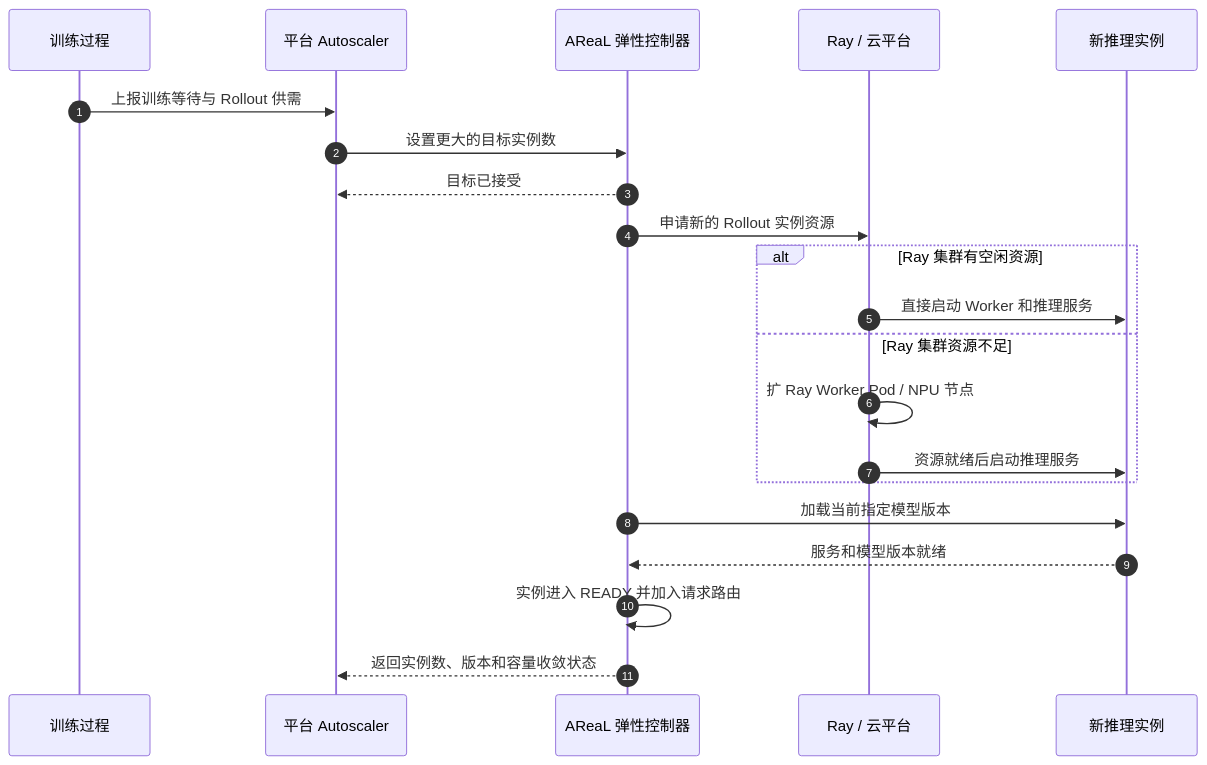
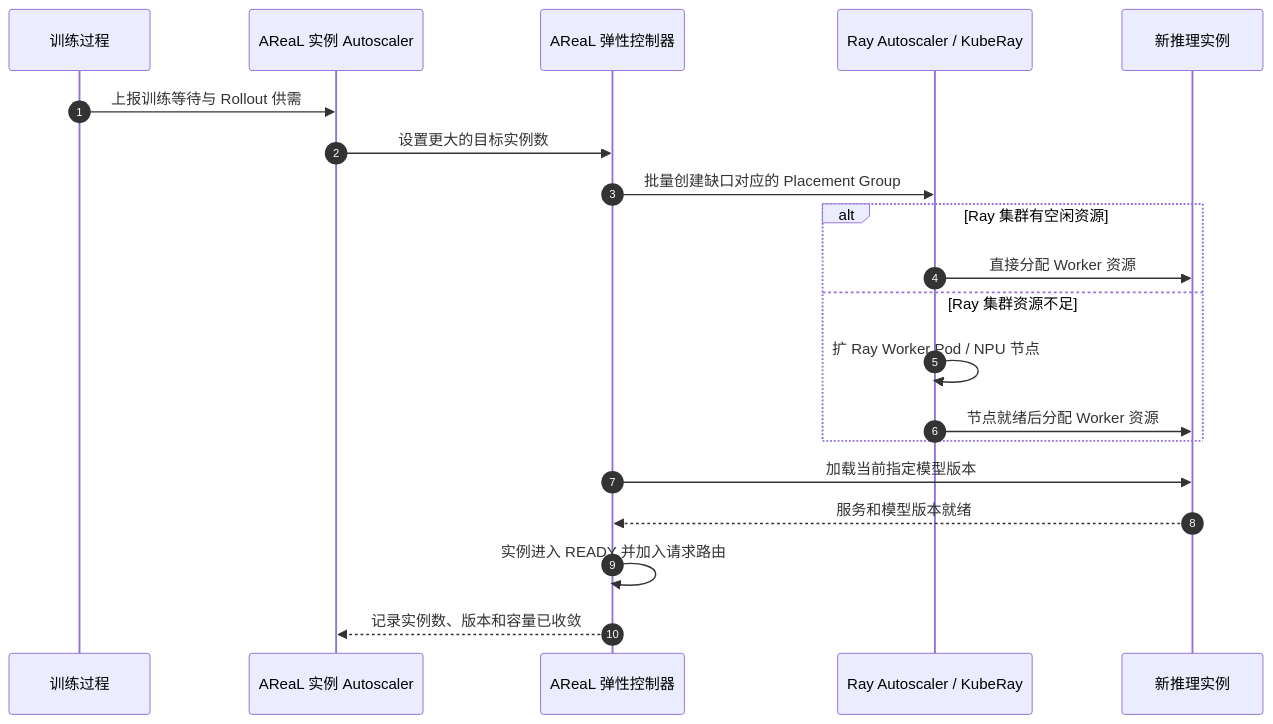
Before and after one commit to hailuoS/AReaL: the second of 5 diagrams in docs/zh/reference/rollout_elasticity_platform_integration.md, drawn with Mermaid. The commit also changed other lines of this file and 8 other files, not shown here.

````diff
--- a/docs/zh/reference/rollout_elasticity_platform_integration.md
+++ b/docs/zh/reference/rollout_elasticity_platform_integration.md
@@ -140,24 +147,23 @@
 ```mermaid
 sequenceDiagram
     autonumber
     participant T as 训练过程
-    participant A as 平台 Autoscaler
+    participant A as AReaL 实例 Autoscaler
     participant C as AReaL 弹性控制器
-    participant P as Ray / 云平台
+    participant R as Ray Autoscaler / KubeRay
     participant I as 新推理实例
 
     T->>A: 上报训练等待与 Rollout 供需
     A->>C: 设置更大的目标实例数
-    C-->>A: 目标已接受
-    C->>P: 申请新的 Rollout 实例资源
+    C->>R: 批量创建缺口对应的 Placement Group
     alt Ray 集群有空闲资源
-        P->>I: 直接启动 Worker 和推理服务
+        R->>I: 直接分配 Worker 资源
     else Ray 集群资源不足
-        P->>P: 扩 Ray Worker Pod / NPU 节点
-        P->>I: 资源就绪后启动推理服务
+        R->>R: 扩 Ray Worker Pod / NPU 节点
+        R->>I: 节点就绪后分配 Worker 资源
     end
     C->>I: 加载当前指定模型版本
     I-->>C: 服务和模型版本就绪
     C->>C: 实例进入 READY 并加入请求路由
-    C-->>A: 返回实例数、版本和容量收敛状态
+    C-->>A: 记录实例数、版本和容量已收敛
 ```
````
